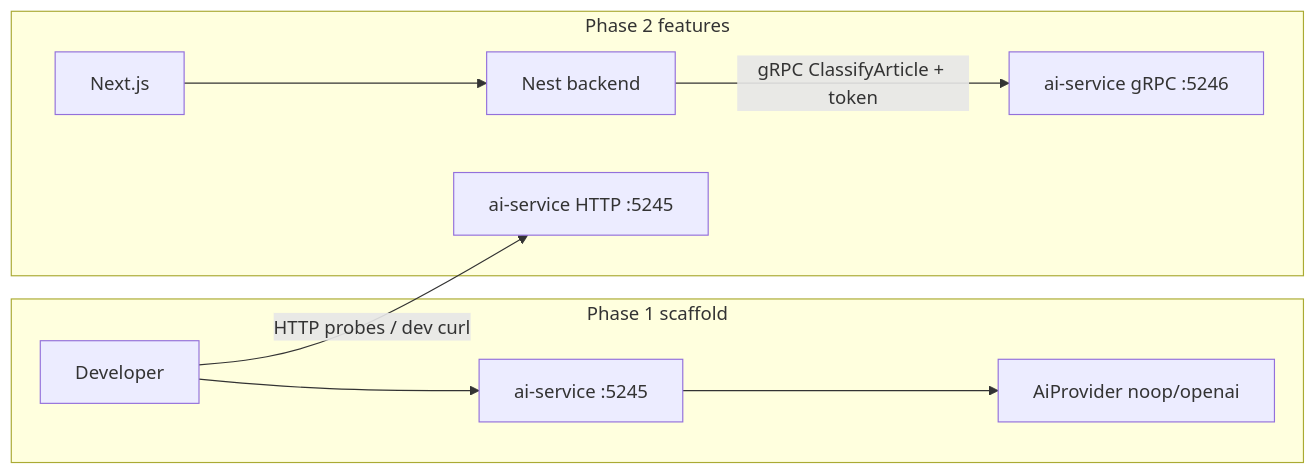
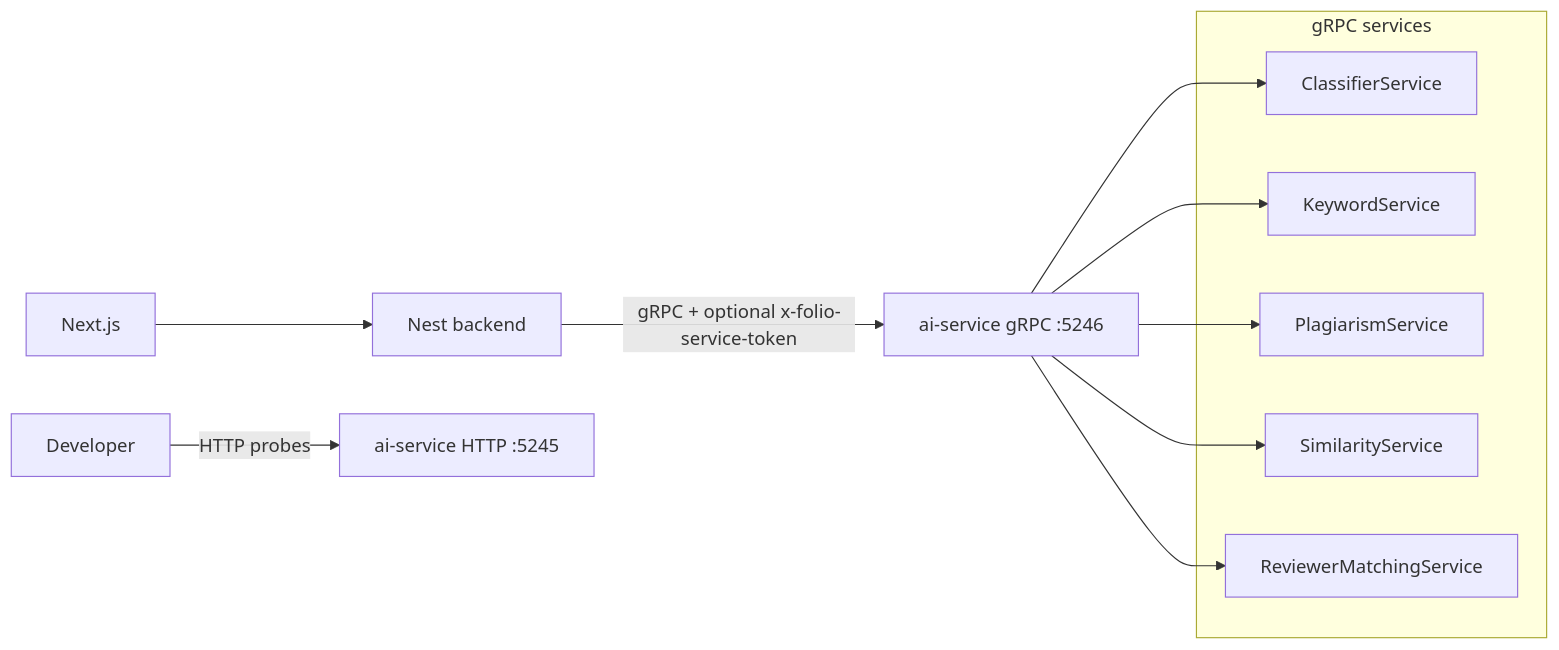
One commit to OmarNajiAlhayek/folio changed the diagram in docs/plans/ai-service.md. Above: the diagram before and after it, drawn with Mermaid. The commit also changed other lines of this file and 13 other files, not shown here.

First line of the commit message:
feat(docs): update README and API notes for AI service integration

````diff
--- a/docs/plans/ai-service.md
+++ b/docs/plans/ai-service.md
@@ -15,12 +18,18 @@
 ```mermaid
 flowchart LR
-  subgraph phase1 [Phase 1 scaffold]
-    Dev["Developer"] --> AISvc["ai-service :5245"]
-    AISvc --> Provider["AiProvider noop/openai"]
+  UI["Next.js"] --> API["Nest backend"]
+  API -->|"gRPC + optional x-folio-service-token"| AISvcGrpc["ai-service gRPC :5246"]
+  Dev["Developer"] -->|"HTTP probes"| AISvcHttp["ai-service HTTP :5245"]
+  subgraph grpc [gRPC services]
+    Classifier["ClassifierService"]
+    Keywords["KeywordService"]
+    Plagiarism["PlagiarismService"]
+    Similarity["SimilarityService"]
+    Reviewer["ReviewerMatchingService"]
   end
-  subgraph phase2 [Phase 2 features]
-    UI["Next.js"] --> API["Nest backend"]
-    API -->|"gRPC ClassifyArticle + token"| AISvcGrpc["ai-service gRPC :5246"]
-    Dev -->|"HTTP probes / dev curl"| AISvcHttp["ai-service HTTP :5245"]
-  end
+  AISvcGrpc --> Classifier
+  AISvcGrpc --> Keywords
+  AISvcGrpc --> Plagiarism
+  AISvcGrpc --> Similarity
+  AISvcGrpc --> Reviewer
 ```
````
